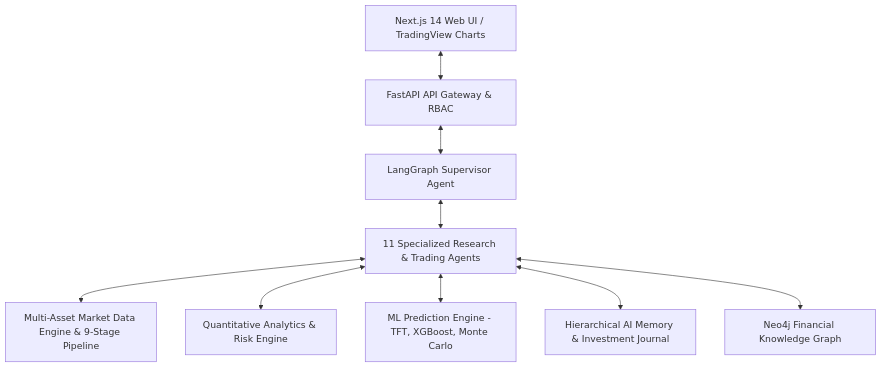
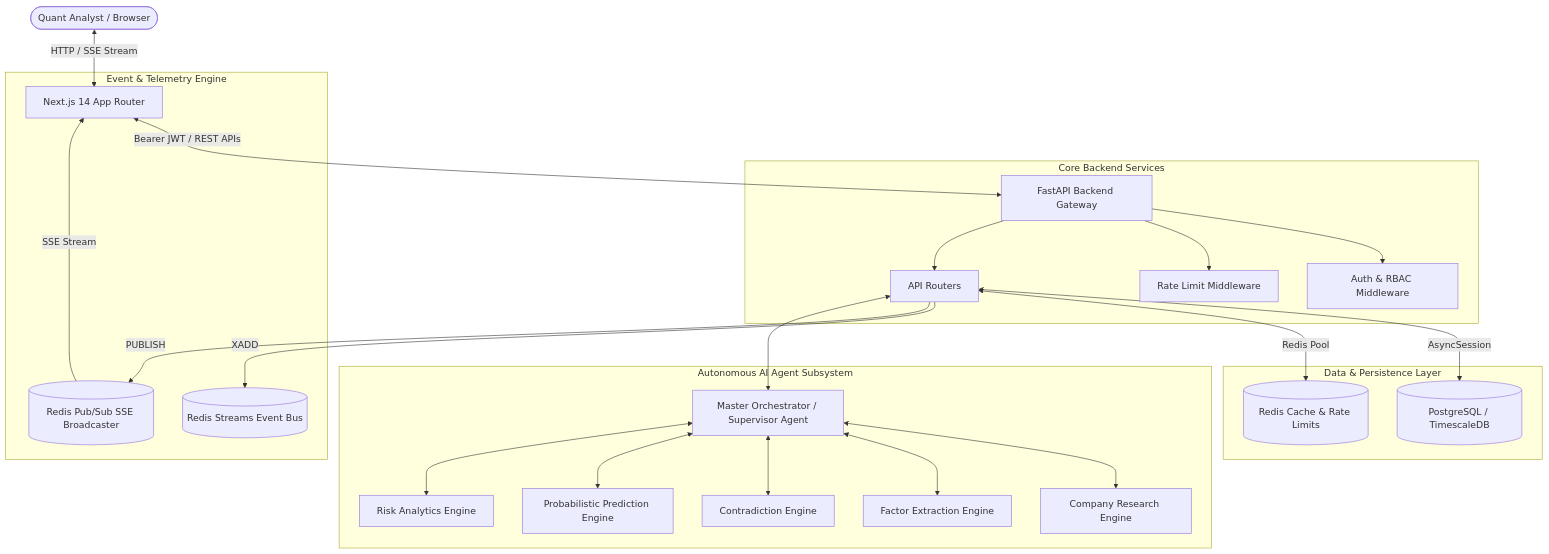
One commit to Kushh-Santhosh/AlphaMind-AI changed the diagram in README.md. Above: the diagram before and after it, drawn with Mermaid. The commit also changed other lines of this file, not shown here.

````diff
--- a/README.md
+++ b/README.md
@@ -11,11 +38,31 @@
 ```mermaid
 graph TD
-    Client[Next.js 14 Web UI / TradingView Charts] <--> Gateway[FastAPI API Gateway & RBAC]
-    Gateway <--> Supervisor[LangGraph Supervisor Agent]
-    Supervisor <--> Agents[11 Specialized Research & Trading Agents]
-    Agents <--> DataEngine[Multi-Asset Market Data Engine & 9-Stage Pipeline]
-    Agents <--> QuantEngine[Quantitative Analytics & Risk Engine]
-    Agents <--> MLEngine[ML Prediction Engine - TFT, XGBoost, Monte Carlo]
-    Agents <--> MemoryEngine[Hierarchical AI Memory & Investment Journal]
-    Agents <--> KnowledgeGraph[Neo4j Financial Knowledge Graph]
+    User([Quant Analyst / Browser]) <--> |HTTP / SSE Stream| Frontend[Next.js 14 App Router]
+    Frontend <--> |Bearer JWT / REST APIs| Gateway[FastAPI Backend Gateway]
+    
+    subgraph Core Backend Services
+        Gateway --> Auth[Auth & RBAC Middleware]
+        Gateway --> RateLimit[Rate Limit Middleware]
+        Gateway --> Routers[API Routers]
+    end
+
+    subgraph Data & Persistence Layer
+        Routers <--> |AsyncSession| Postgres[(PostgreSQL / TimescaleDB)]
+        Routers <--> |Redis Pool| RedisCache[(Redis Cache & Rate Limits)]
+    end
+
+    subgraph Event & Telemetry Engine
+        Routers --> |XADD| RedisStreams[(Redis Streams Event Bus)]
+        Routers --> |PUBLISH| RedisPubSub[(Redis Pub/Sub SSE Broadcaster)]
+        RedisPubSub --> |SSE Stream| Frontend
+    end
+
+    subgraph Autonomous AI Agent Subsystem
+        Routers <--> MasterOrchestrator[Master Orchestrator / Supervisor Agent]
+        MasterOrchestrator <--> CompanyEngine[Company Research Engine]
+        MasterOrchestrator <--> FactorEngine[Factor Extraction Engine]
+        MasterOrchestrator <--> ContradictionEngine[Contradiction Engine]
+        MasterOrchestrator <--> PredictionEngine[Probabilistic Prediction Engine]
+        MasterOrchestrator <--> RiskEngine[Risk Analytics Engine]
+    end
 ```
````
